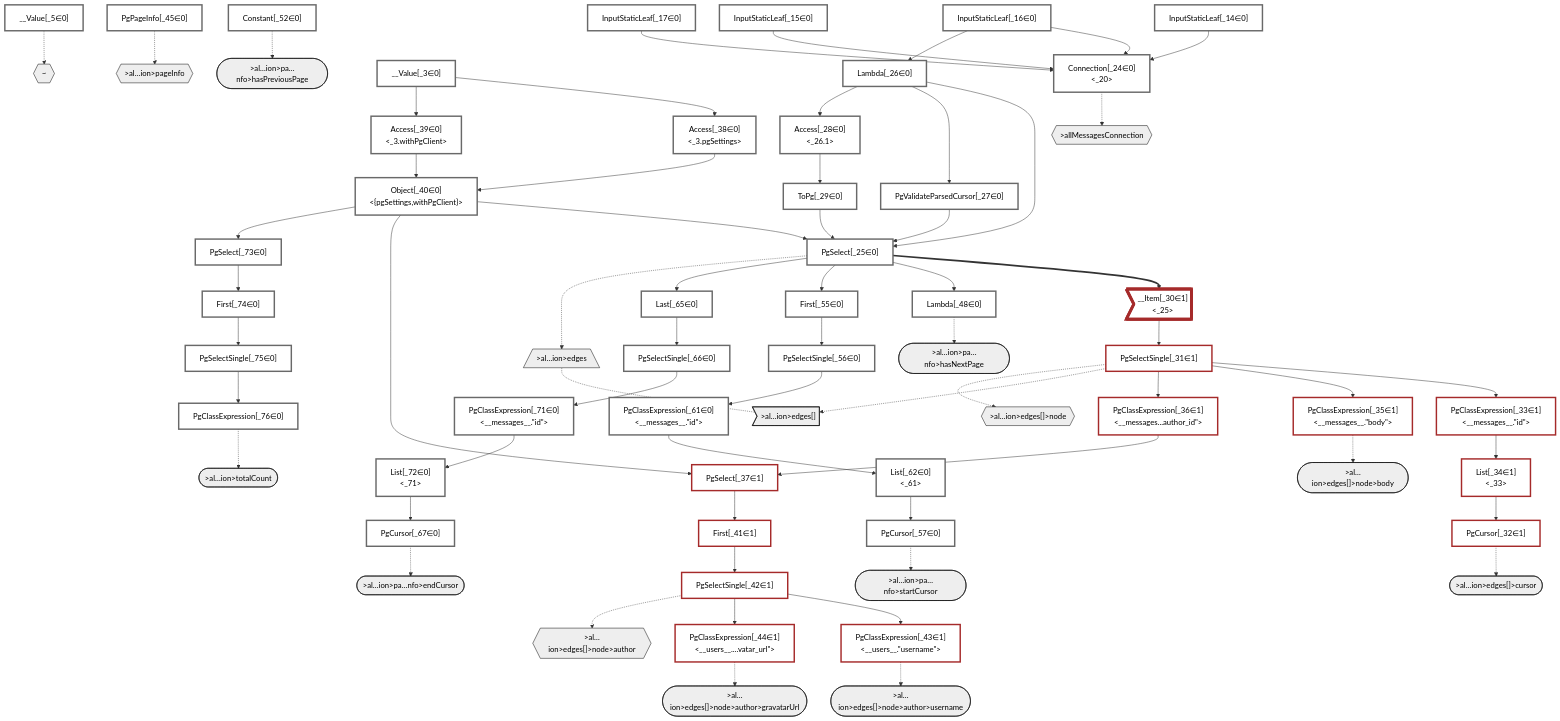
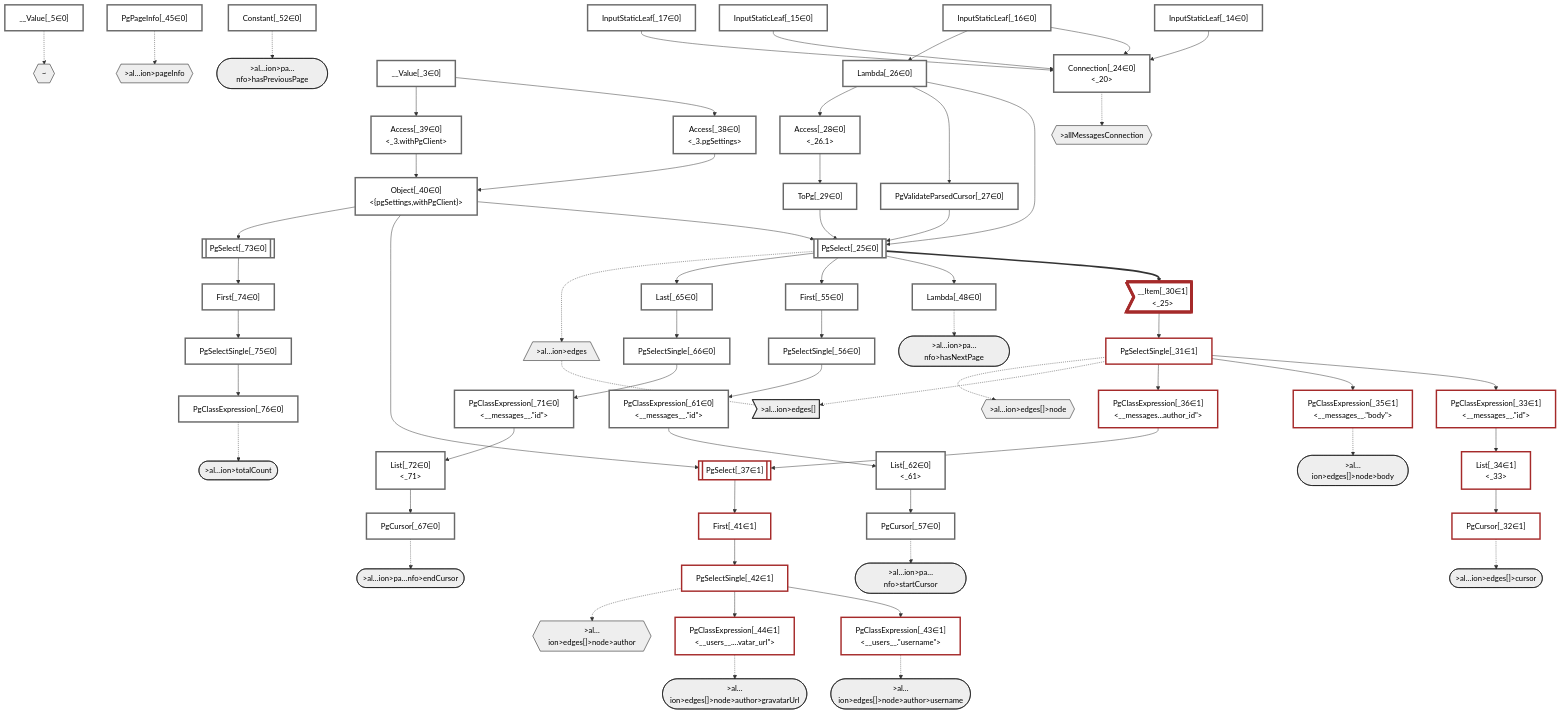
The diagram in packages/dataplan-pg/__tests__/queries/connections/pagination-after.deopt.mermaid.md (graphile/crystal), drawn with Mermaid before and after one commit. The commit also changed 195 other files, not shown here.

```diff
--- a/packages/dataplan-pg/__tests__/queries/connections/pagination-after.deopt.mermaid.md
+++ b/packages/dataplan-pg/__tests__/queries/connections/pagination-after.deopt.mermaid.md
@@ -47,7 +47,7 @@
     InputStaticLeaf_16["InputStaticLeaf[_16∈0]"]:::plan
     InputStaticLeaf_17["InputStaticLeaf[_17∈0]"]:::plan
     Connection_24["Connection[_24∈0]<br /><_20>"]:::plan
-    PgSelect_25["PgSelect[_25∈0]<br /><messages>"]:::plan
+    PgSelect_25[["PgSelect[_25∈0]<br /><messages>"]]:::plan
     Lambda_26["Lambda[_26∈0]<br /><parseCursor>"]:::plan
     PgValidateParsedCursor_27["PgValidateParsedCursor[_27∈0]"]:::plan
     Access_28["Access[_28∈0]<br /><_26.1>"]:::plan
@@ -59,7 +59,7 @@
     List_34["List[_34∈1]<br /><_33>"]:::plan
     PgClassExpression_35["PgClassExpression[_35∈1]<br /><__messages__.#quot;body#quot;>"]:::plan
     PgClassExpression_36["PgClassExpression[_36∈1]<br /><__messages...author_id#quot;>"]:::plan
-    PgSelect_37["PgSelect[_37∈1]<br /><users>"]:::plan
+    PgSelect_37[["PgSelect[_37∈1]<br /><users>"]]:::plan
     Access_38["Access[_38∈0]<br /><_3.pgSettings>"]:::plan
     Access_39["Access[_39∈0]<br /><_3.withPgClient>"]:::plan
     Object_40["Object[_40∈0]<br /><{pgSettings,withPgClient}>"]:::plan
@@ -80,7 +80,7 @@
     PgCursor_67["PgCursor[_67∈0]"]:::plan
     PgClassExpression_71["PgClassExpression[_71∈0]<br /><__messages__.#quot;id#quot;>"]:::plan
     List_72["List[_72∈0]<br /><_71>"]:::plan
-    PgSelect_73["PgSelect[_73∈0]<br /><messages>"]:::plan
+    PgSelect_73[["PgSelect[_73∈0]<br /><messages>"]]:::plan
     First_74["First[_74∈0]"]:::plan
     PgSelectSingle_75["PgSelectSingle[_75∈0]<br /><messages>"]:::plan
     PgClassExpression_76["PgClassExpression[_76∈0]<br /><count(*)>"]:::plan
```
